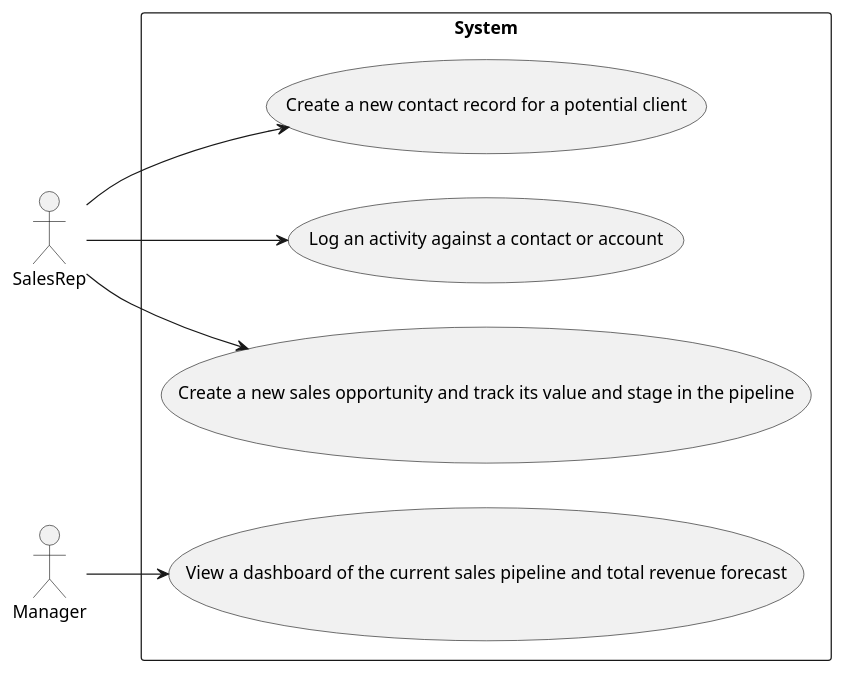
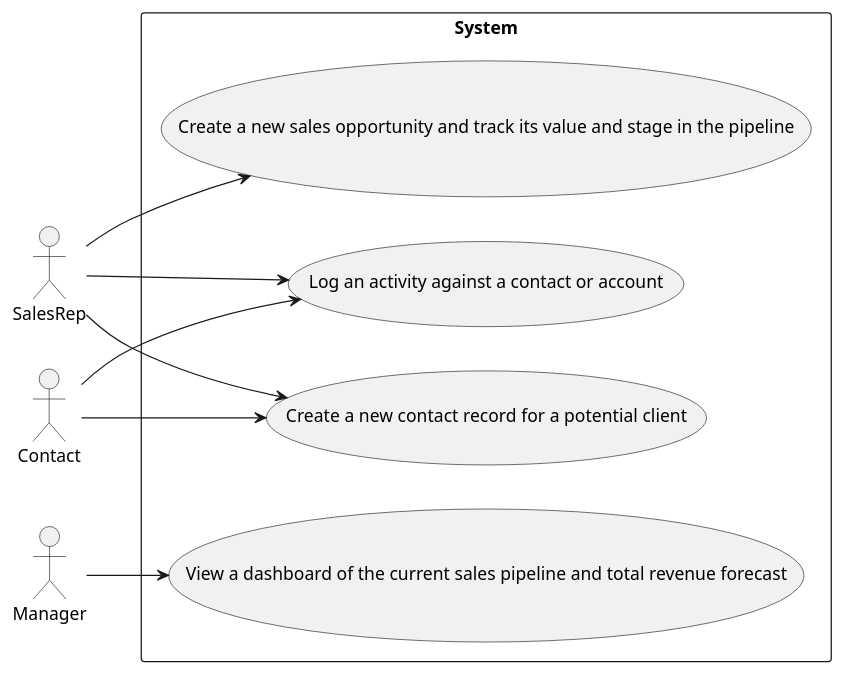
Before and after one commit to qamaruddin-qureshi/fyp-uml-diagram-generator: the diagram in user_stories/golden_puml/use_case/use_case_test_CRM_System.puml, drawn with PlantUML. The commit also changed 5 other files, not shown here.

```diff
--- a/user_stories/golden_puml/use_case/use_case_test_CRM_System.puml
+++ b/user_stories/golden_puml/use_case/use_case_test_CRM_System.puml
@@ -1,15 +1,18 @@
 @startuml
 left to right direction
 actor "SalesRep" as SalesRep
+actor "Contact" as Contact
 actor "Manager" as Manager
 rectangle System {
 usecase "Create a new contact record for a potential client" as Createanewcontactrecordforapotentialclient
 usecase "Log an activity against a contact or account" as Loganactivityagainstacontactoraccount
 usecase "Create a new sales opportunity and track its value and stage in the pipeline" as Createanewsalesopportunityandtrackitsvalueandstageinthepipeline
 usecase "View a dashboard of the current sales pipeline and total revenue forecast" as Viewadashboardofthecurrentsalespipelineandtotalrevenueforecast
 }
 SalesRep --> Createanewcontactrecordforapotentialclient
+Contact --> Createanewcontactrecordforapotentialclient
 SalesRep --> Loganactivityagainstacontactoraccount
+Contact --> Loganactivityagainstacontactoraccount
 SalesRep --> Createanewsalesopportunityandtrackitsvalueandstageinthepipeline
 Manager --> Viewadashboardofthecurrentsalespipelineandtotalrevenueforecast
 @enduml
```
